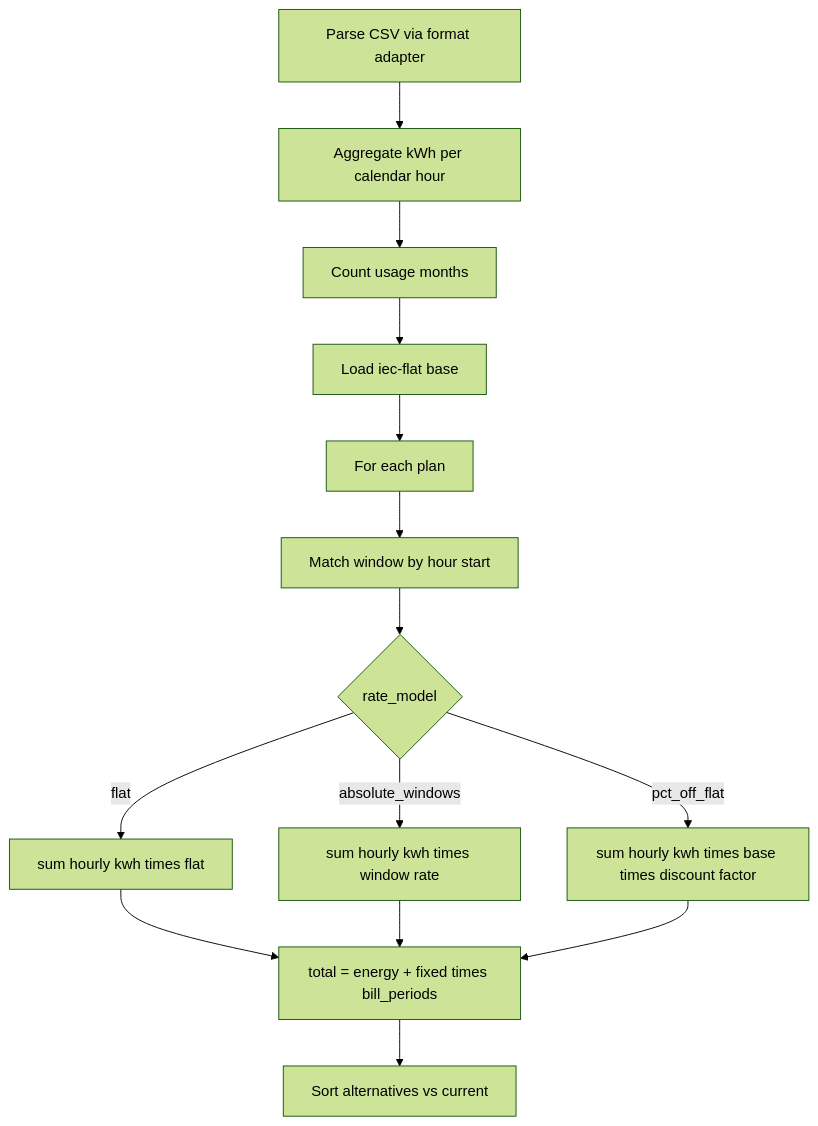
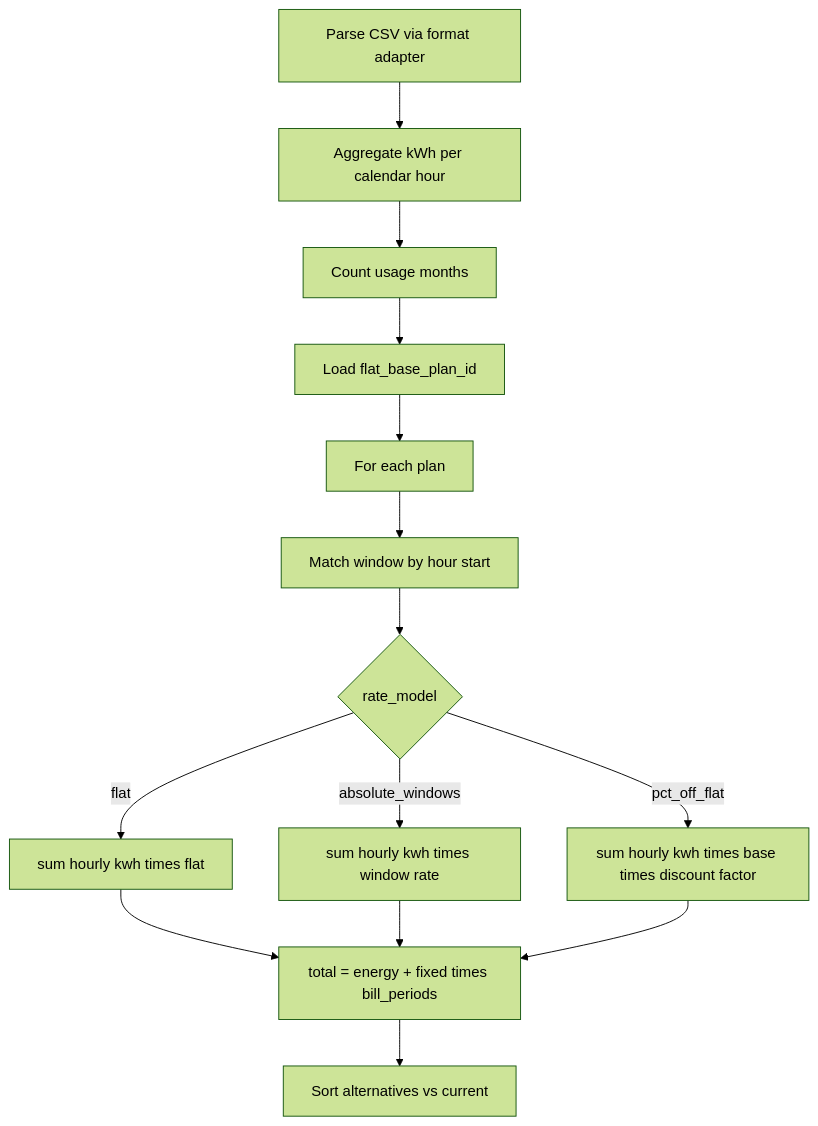
One commit to mpaltsev/OptiVolt changed the second of 2 diagrams in docs/design/scoring.md. Above: the diagram before and after it, drawn with Mermaid (forest theme). The commit also changed other lines of this file and 23 other files, not shown here.

````diff
--- a/docs/design/scoring.md
+++ b/docs/design/scoring.md
@@ -55,16 +55,16 @@
 ```mermaid
 flowchart TD
   Parse[Parse CSV via format adapter] --> Hourly[Aggregate kWh per calendar hour]
   Hourly --> Months[Count usage months]
-  Months --> Base[Load iec-flat base]
+  Months --> Base[Load flat_base_plan_id]
   Base --> Each[For each plan]
   Each --> Win[Match window by hour start]
   Win --> Energy{rate_model}
   Energy -->|flat| E1["sum hourly kwh times flat"]
   Energy -->|absolute_windows| E2["sum hourly kwh times window rate"]
   Energy -->|pct_off_flat| E3["sum hourly kwh times base times discount factor"]
   E1 --> Total["total = energy + fixed times bill_periods"]
   E2 --> Total
   E3 --> Total
   Total --> Rank[Sort alternatives vs current]
 ```
````
